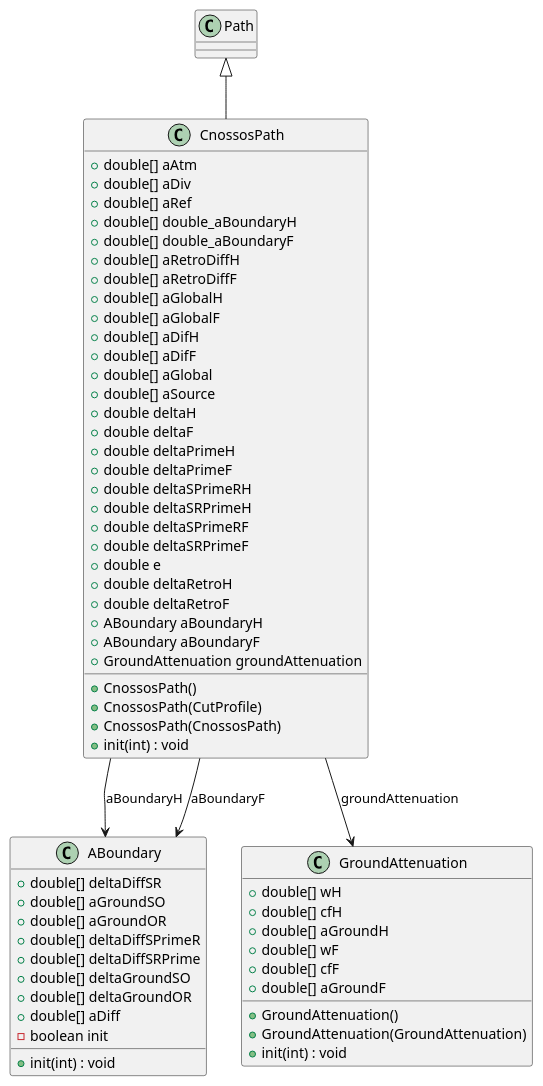
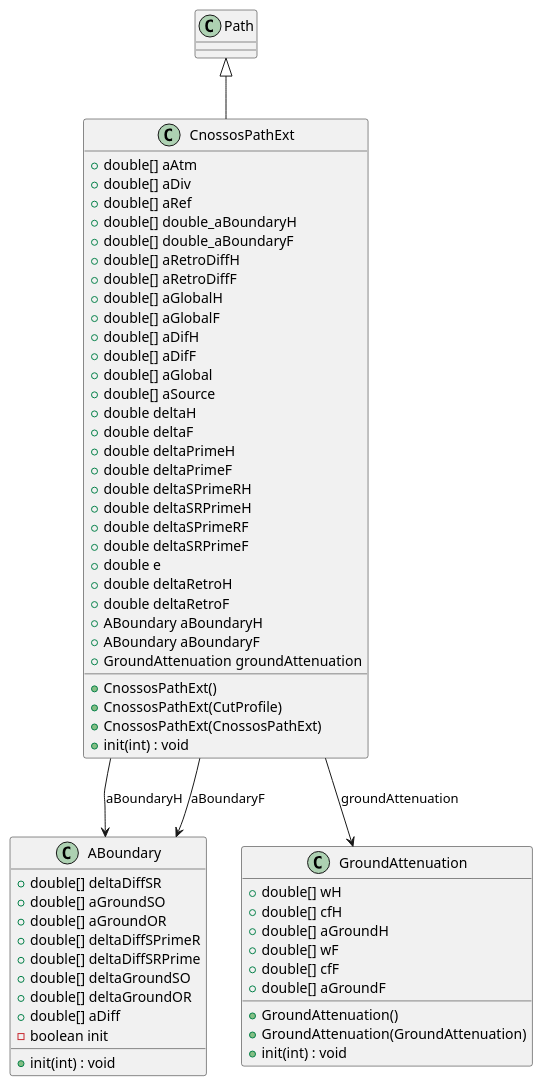
Diagram 11 of 12 in Docs-dev/propagation_algorithms.md (jtagusari/NoiseModelling), drawn with PlantUML before and after one commit. The commit also changed other lines of this file and 15 other files, not shown here.

Commit message:
new file:   noisemodelling-propagation/src/main/java/org/noise_planet/noisemodelling/propagation/cnossos/CnossosPathExt.java

````diff
--- a/Docs-dev/propagation_algorithms.md
+++ b/Docs-dev/propagation_algorithms.md
@@ -680,72 +680,72 @@
 ```plantuml
 @startuml
-class CnossosPath extends Path {
+class CnossosPathExt extends Path {
   + double[] aAtm
   + double[] aDiv
   + double[] aRef
   + double[] double_aBoundaryH
   + double[] double_aBoundaryF
   + double[] aRetroDiffH
   + double[] aRetroDiffF
   + double[] aGlobalH
   + double[] aGlobalF
   + double[] aDifH
   + double[] aDifF
   + double[] aGlobal
   + double[] aSource
   + double deltaH
   + double deltaF
   + double deltaPrimeH
   + double deltaPrimeF
   + double deltaSPrimeRH
   + double deltaSRPrimeH
   + double deltaSPrimeRF
   + double deltaSRPrimeF
   + double e
   + double deltaRetroH
   + double deltaRetroF
   + ABoundary aBoundaryH
   + ABoundary aBoundaryF
   + GroundAttenuation groundAttenuation
   
-  + CnossosPath()
-  + CnossosPath(CutProfile)
-  + CnossosPath(CnossosPath)
+  + CnossosPathExt()
+  + CnossosPathExt(CutProfile)
+  + CnossosPathExt(CnossosPathExt)
   + init(int) : void
 }
 
 class ABoundary {
   + double[] deltaDiffSR
   + double[] aGroundSO
   + double[] aGroundOR
   + double[] deltaDiffSPrimeR
   + double[] deltaDiffSRPrime
   + double[] deltaGroundSO
   + double[] deltaGroundOR
   + double[] aDiff
   - boolean init
   
   + init(int) : void
 }
 
 class GroundAttenuation {
   + double[] wH
   + double[] cfH
   + double[] aGroundH
   + double[] wF
   + double[] cfF
   + double[] aGroundF
   
   + GroundAttenuation()
   + GroundAttenuation(GroundAttenuation)
   + init(int) : void
 }
 
 class Path {}
 
-CnossosPath --> ABoundary : aBoundaryH
-CnossosPath --> ABoundary : aBoundaryF
-CnossosPath --> GroundAttenuation : groundAttenuation
+CnossosPathExt --> ABoundary : aBoundaryH
+CnossosPathExt --> ABoundary : aBoundaryF
+CnossosPathExt --> GroundAttenuation : groundAttenuation
 
 @enduml
 ```
````
